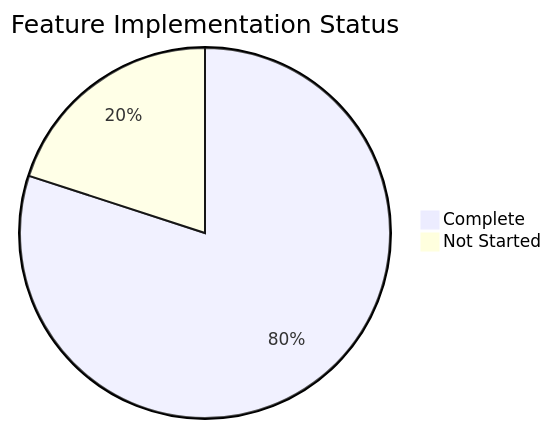
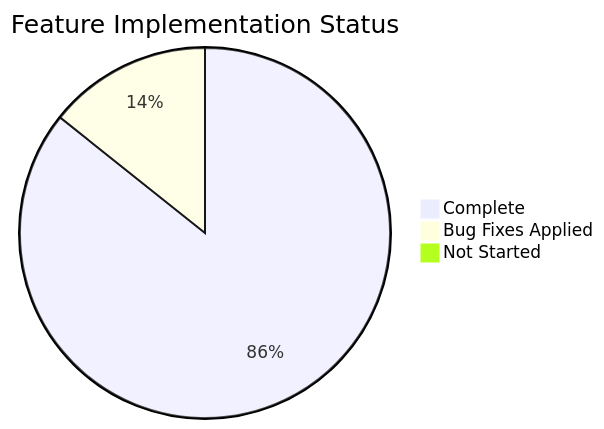
The eighth of 9 diagrams in mcp-sec/ARCHITECTURE_MERMAID.md (sudoviz/driftcop), drawn with Mermaid before and after one commit. The commit also changed other lines of this file and 20 other files, not shown here.

````diff
--- a/mcp-sec/ARCHITECTURE_MERMAID.md
+++ b/mcp-sec/ARCHITECTURE_MERMAID.md
@@ -187,5 +208,6 @@
 ```mermaid
 pie title Feature Implementation Status
-    "Complete" : 12
-    "Not Started" : 3
+    "Complete" : 18
+    "Bug Fixes Applied" : 3
+    "Not Started" : 0
 ```
````
